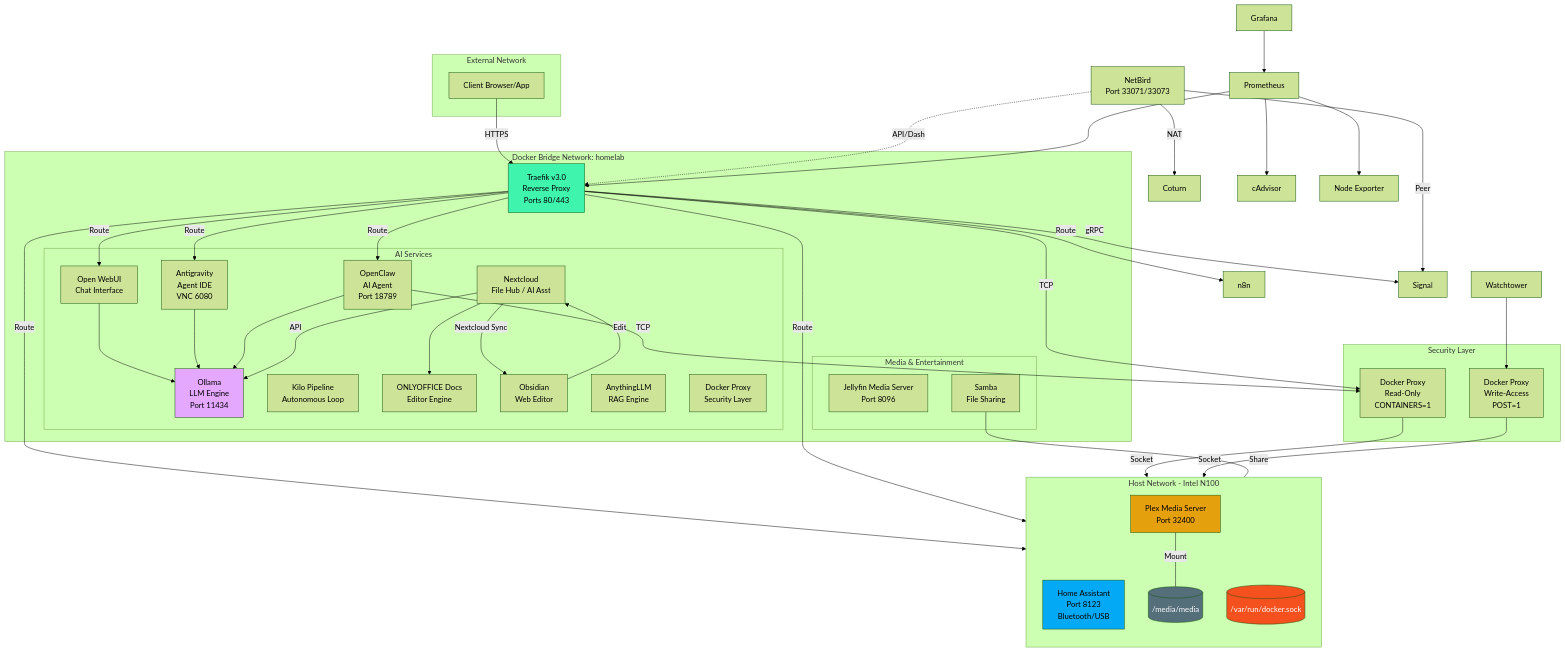
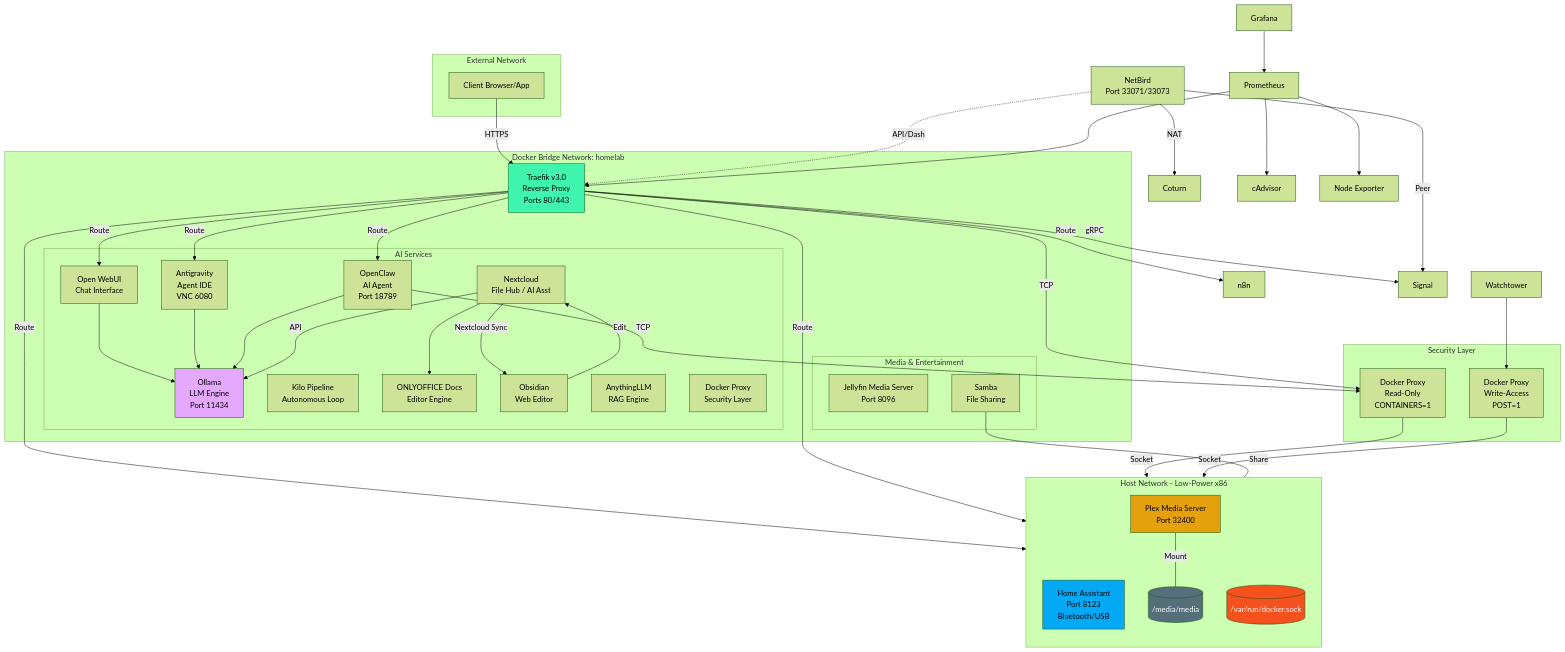
The diagram in README.md (oweibor/homelab), drawn with Mermaid (forest theme) before and after one commit. The commit also changed other lines of this file and 13 other files, not shown here.

Commit message:
feat: hardware-agnostic architecture - support Intel N-series, AMD, ARM64

```diff
--- a/README.md
+++ b/README.md
@@ -227,7 +227,7 @@
         User[Client Browser/App]
     end
 
-    subgraph HostNet[Host Network - Intel N100]
+    subgraph HostNet[Host Network - Low-Power x86]
         direction TB
         HA[Home Assistant<br/>Port 8123<br/>Bluetooth/USB]
         Plex[Plex Media Server<br/>Port 32400<br/>QuickSync HW Accel]
```
